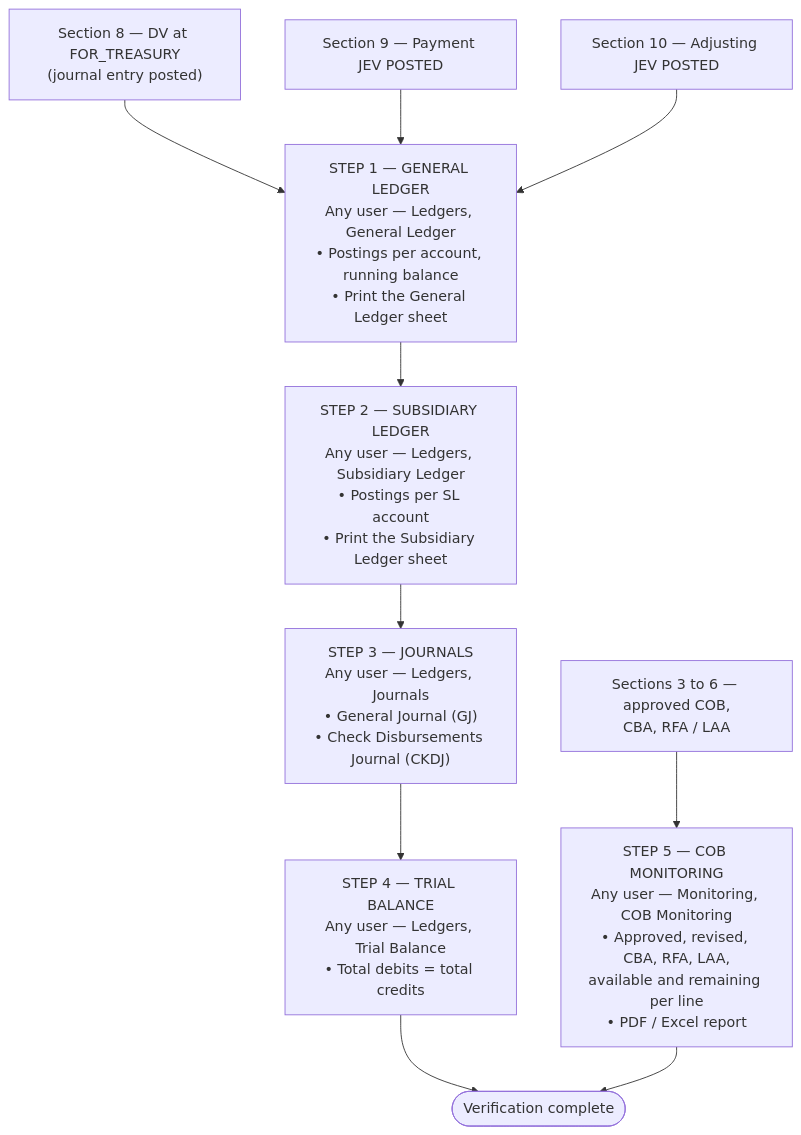
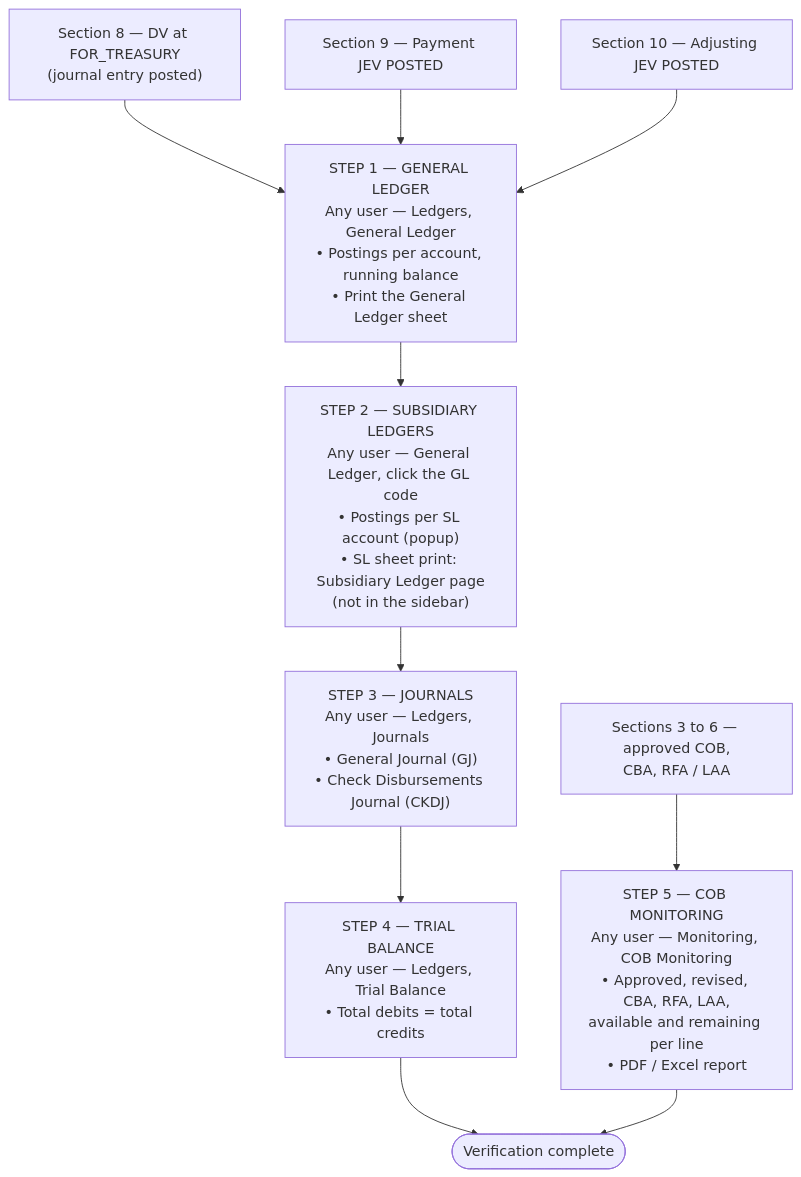
One commit to A-team-ITBS/fims-nha changed diagram 14 of 14 in system_docs/process-flow/PROCESS-FLOW.md. Above: the diagram before and after it, drawn with Mermaid. The commit also changed other lines of this file and 2 other files, not shown here.

Commit message:
docs: Payroll sidebar group, Collections and Deposits, SL page out of sidebar, sidebar index refresh

````diff
--- a/system_docs/process-flow/PROCESS-FLOW.md
+++ b/system_docs/process-flow/PROCESS-FLOW.md
@@ -516,12 +516,12 @@
 ```mermaid
 flowchart TD
     DV["Section 8 — DV at FOR_TREASURY<br/>(journal entry posted)"] --> GL["STEP 1 — GENERAL LEDGER<br/>Any user — Ledgers, General Ledger<br/>• Postings per account, running balance<br/>• Print the General Ledger sheet"]
     PAY["Section 9 — Payment JEV POSTED"] --> GL
     ADJ["Section 10 — Adjusting JEV POSTED"] --> GL
-    GL --> SL["STEP 2 — SUBSIDIARY LEDGER<br/>Any user — Ledgers, Subsidiary Ledger<br/>• Postings per SL account<br/>• Print the Subsidiary Ledger sheet"]
+    GL --> SL["STEP 2 — SUBSIDIARY LEDGERS<br/>Any user — General Ledger, click the GL code<br/>• Postings per SL account (popup)<br/>• SL sheet print: Subsidiary Ledger page<br/>(not in the sidebar)"]
     SL --> JR["STEP 3 — JOURNALS<br/>Any user — Ledgers, Journals<br/>• General Journal (GJ)<br/>• Check Disbursements Journal (CKDJ)"]
     JR --> TB["STEP 4 — TRIAL BALANCE<br/>Any user — Ledgers, Trial Balance<br/>• Total debits = total credits"]
     COB["Sections 3 to 6 — approved COB,<br/>CBA, RFA / LAA"] --> MON["STEP 5 — COB MONITORING<br/>Any user — Monitoring, COB Monitoring<br/>• Approved, revised, CBA, RFA, LAA,<br/>available and remaining per line<br/>• PDF / Excel report"]
     TB --> END(["Verification complete"])
     MON --> END
 ```
````
